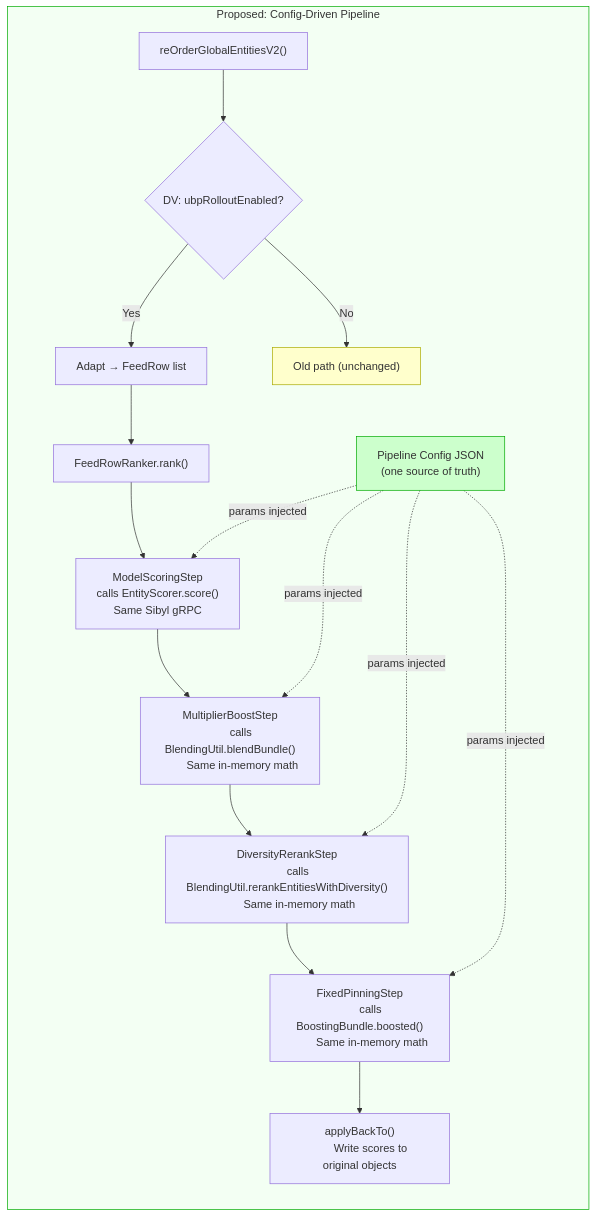
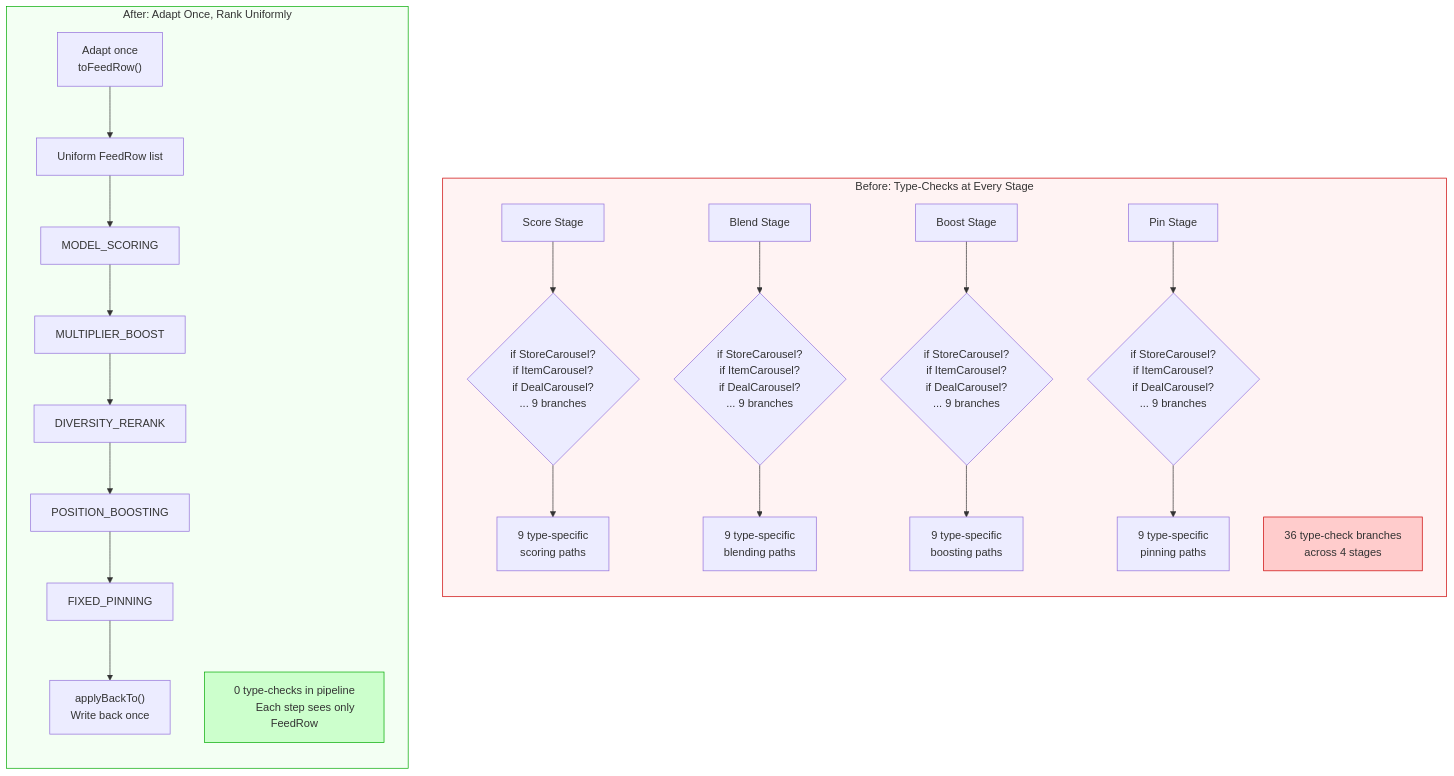
Before and after one commit to daniel-fonyo/dd-brain: the third of 7 diagrams in unified-blending-platform/context/one-pager-diagrams.md, drawn with Mermaid. The commit also changed other lines of this file, not shown here.

First line of the commit message:
Enrich UBP diagrams: real StepParams, StepType, better before/after visuals

````diff
--- a/unified-blending-platform/context/one-pager-diagrams.md
+++ b/unified-blending-platform/context/one-pager-diagrams.md
@@ -234,37 +254,55 @@
 ```mermaid
 flowchart TB
-    subgraph proposed["Proposed: Config-Driven Pipeline"]
+    subgraph before["Before: Type-Checks at Every Stage"]
         direction TB
-        A2["reOrderGlobalEntitiesV2()"] --> B2{"DV: ubpRolloutEnabled?"}
-        B2 -->|Yes| C2["Adapt → FeedRow list"]
-        B2 -->|No| OLD["Old path (unchanged)"]
+        S1["Score Stage"] --> B1{"if StoreCarousel?
+        if ItemCarousel?
+        if DealCarousel?
+        ... 9 branches"}
+        S2["Blend Stage"] --> B2{"if StoreCarousel?
+        if ItemCarousel?
+        if DealCarousel?
+        ... 9 branches"}
+        S3["Boost Stage"] --> B3{"if StoreCarousel?
+        if ItemCarousel?
+        if DealCarousel?
+        ... 9 branches"}
+        S4["Pin Stage"] --> B4{"if StoreCarousel?
+        if ItemCarousel?
+        if DealCarousel?
+        ... 9 branches"}
 
-        C2 --> D2["FeedRowRanker.rank()"]
+        B1 --> R1["9 type-specific
+        scoring paths"]
+        B2 --> R2["9 type-specific
+        blending paths"]
+        B3 --> R3["9 type-specific
+        boosting paths"]
+        B4 --> R4["9 type-specific
+        pinning paths"]
 
-        D2 --> E2["ModelScoringStep
-        calls EntityScorer.score()
-        Same Sibyl gRPC"]
-        E2 --> F2["MultiplierBoostStep
-        calls BlendingUtil.blendBundle()
-        Same in-memory math"]
-        F2 --> G2["DiversityRerankStep
-        calls BlendingUtil.rerankEntitiesWithDiversity()
-        Same in-memory math"]
-        G2 --> H2["FixedPinningStep
-        calls BoostingBundle.boosted()
-        Same in-memory math"]
-
-        H2 --> I2["applyBackTo()
-        Write scores to original objects"]
-
-        J2["Pipeline Config JSON
-        (one source of truth)"] -.->|"params injected"| E2
-        J2 -.->|"params injected"| F2
-        J2 -.->|"params injected"| G2
-        J2 -.->|"params injected"| H2
+        NOTE["36 type-check branches
+        across 4 stages"]
     end
 
-    style proposed fill:#f3fff3,stroke:#00aa00
-    style J2 fill:#ccffcc,stroke:#00aa00
-    style OLD fill:#ffffcc,stroke:#aaaa00
+    subgraph after["After: Adapt Once, Rank Uniformly"]
+        direction TB
+        ADAPT["Adapt once
+        toFeedRow()"] --> UNI["Uniform FeedRow list"]
+        UNI --> P1["MODEL_SCORING"]
+        P1 --> P2["MULTIPLIER_BOOST"]
+        P2 --> P3["DIVERSITY_RERANK"]
+        P3 --> P4["POSITION_BOOSTING"]
+        P4 --> P5["FIXED_PINNING"]
+        P5 --> BACK["applyBackTo()
+        Write back once"]
+
+        NOTE2["0 type-checks in pipeline
+        Each step sees only FeedRow"]
+    end
+
+    style before fill:#fff3f3,stroke:#cc0000
+    style after fill:#f3fff3,stroke:#00aa00
+    style NOTE fill:#ffcccc,stroke:#cc0000
+    style NOTE2 fill:#ccffcc,stroke:#00aa00
 ```
````
